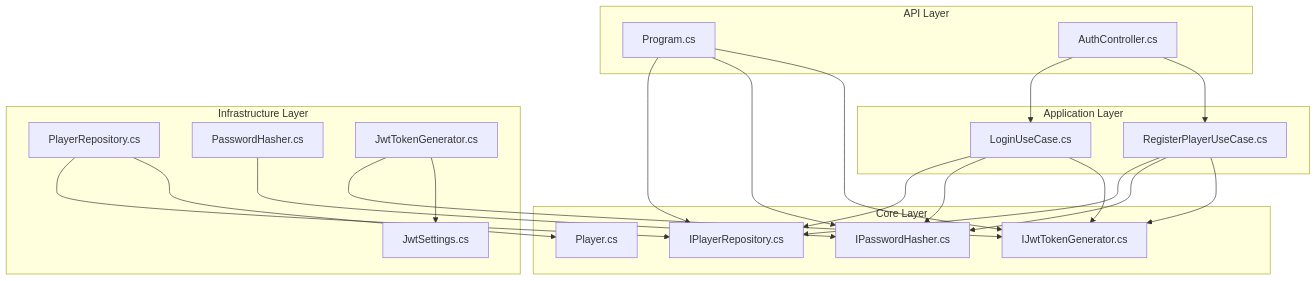
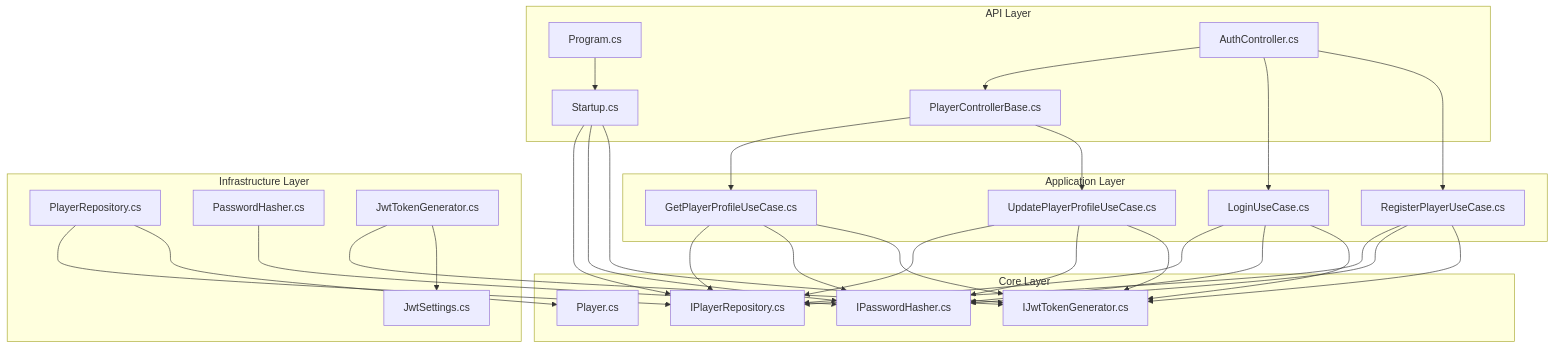
The first of 8 diagrams in .qoder/repowiki/en/content/Architecture & Design/Dependency Injection & Service Registration.md (MuhammadFaizanQamar/game-backend-service), drawn with Mermaid before and after one commit. The commit also changed other lines of this file and 62 other files, not shown here.

````diff
--- a/.qoder/repowiki/en/content/Architecture & Design/Dependency Injection & Service Registration.md
+++ b/.qoder/repowiki/en/content/Architecture & Design/Dependency Injection & Service Registration.md
@@ -40,39 +50,53 @@
 ```mermaid
 graph TB
 subgraph "API Layer"
 P["Program.cs"]
+S["Startup.cs"]
 C["AuthController.cs"]
+PCB["PlayerControllerBase.cs"]
 end
 subgraph "Application Layer"
 UC1["LoginUseCase.cs"]
 UC2["RegisterPlayerUseCase.cs"]
+UC3["GetPlayerProfileUseCase.cs"]
+UC4["UpdatePlayerProfileUseCase.cs"]
 end
 subgraph "Core Layer"
 IR["IPlayerRepository.cs"]
 IH["IPasswordHasher.cs"]
 IT["IJwtTokenGenerator.cs"]
 E["Player.cs"]
 end
 subgraph "Infrastructure Layer"
 PR["PlayerRepository.cs"]
 PH["PasswordHasher.cs"]
 JT["JwtTokenGenerator.cs"]
 JS["JwtSettings.cs"]
 end
-P --> IR
-P --> IH
-P --> IT
+P --> S
+S --> IR
+S --> IH
+S --> IT
+C --> PCB
 C --> UC1
 C --> UC2
+PCB --> UC3
+PCB --> UC4
 UC1 --> IR
 UC1 --> IH
 UC1 --> IT
 UC2 --> IR
 UC2 --> IH
 UC2 --> IT
+UC3 --> IR
+UC3 --> IH
+UC3 --> IT
+UC4 --> IR
+UC4 --> IH
+UC4 --> IT
 PR --> IR
 PR --> E
 PH --> IH
 JT --> IT
 JT --> JS
 ```
````
